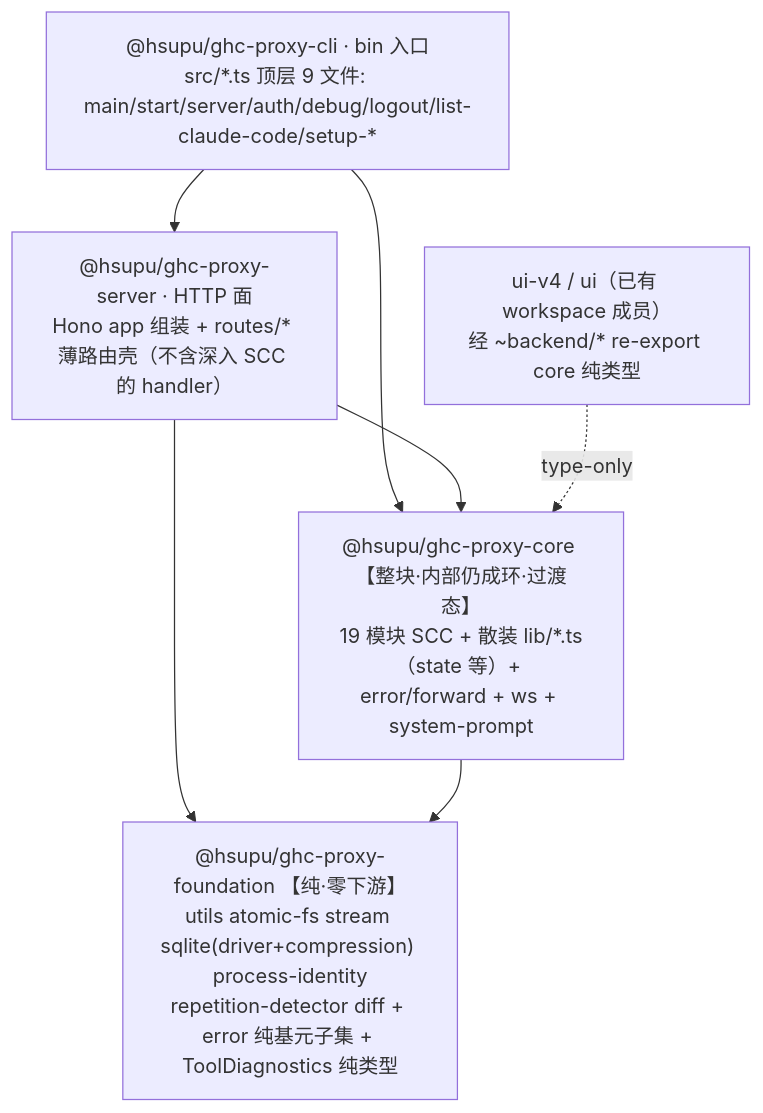
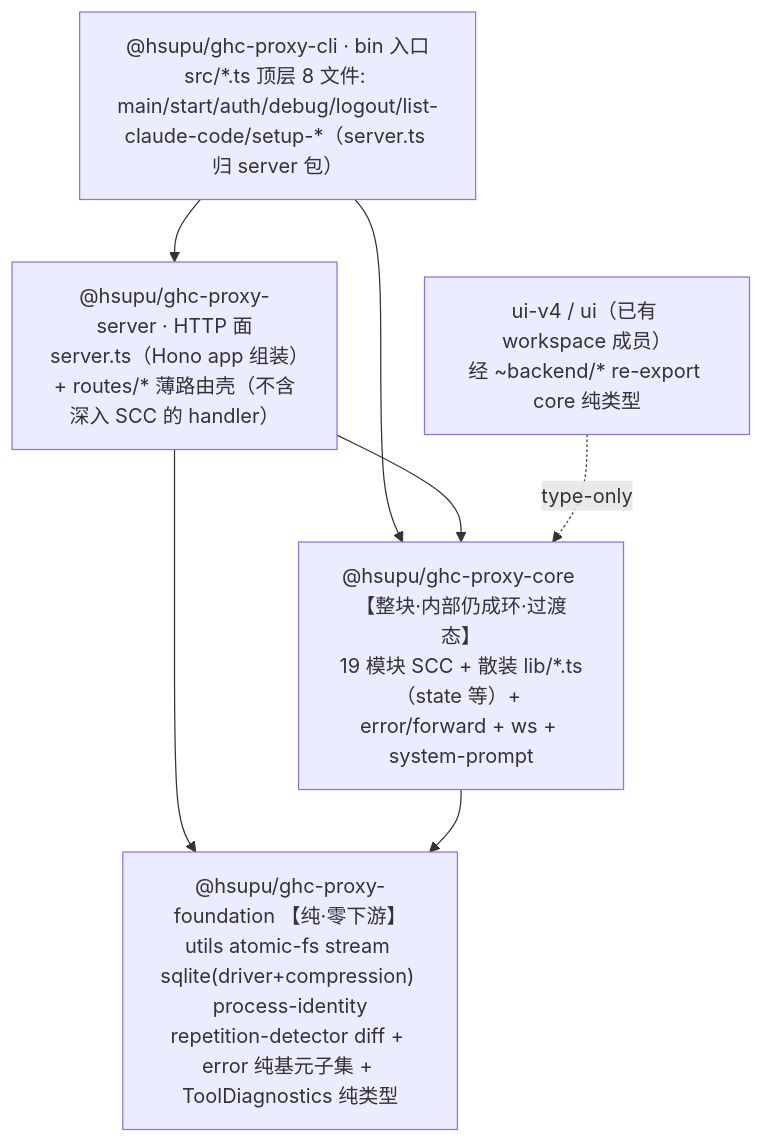
Before and after one commit to puxu-msft/copilot-api-js: the diagram in docs/spec/2026-07-22-monorepo-workspace-split.md, drawn with Mermaid. The commit also changed other lines of this file, not shown here.

````diff
--- a/docs/spec/2026-07-22-monorepo-workspace-split.md
+++ b/docs/spec/2026-07-22-monorepo-workspace-split.md
@@ -49,15 +49,15 @@
 ```mermaid
 graph TD
-    cli["@hsupu/ghc-proxy-cli · bin 入口<br/>src/*.ts 顶层 9 文件: main/start/server/auth/debug/logout/list-claude-code/setup-*"]
-    server["@hsupu/ghc-proxy-server · HTTP 面<br/>Hono app 组装 + routes/* 薄路由壳（不含深入 SCC 的 handler）"]
+    cli["@hsupu/ghc-proxy-cli · bin 入口<br/>src/*.ts 顶层 8 文件: main/start/auth/debug/logout/list-claude-code/setup-*（server.ts 归 server 包）"]
+    server["@hsupu/ghc-proxy-server · HTTP 面<br/>server.ts（Hono app 组装）+ routes/* 薄路由壳（不含深入 SCC 的 handler）"]
     core["@hsupu/ghc-proxy-core 【整块·内部仍成环·过渡态】<br/>19 模块 SCC + 散装 lib/*.ts（state 等）+ error/forward + ws + system-prompt"]
     foundation["@hsupu/ghc-proxy-foundation 【纯·零下游】<br/>utils atomic-fs stream sqlite(driver+compression) process-identity<br/>repetition-detector diff + error 纯基元子集 + ToolDiagnostics 纯类型"]
     uiv4["ui-v4 / ui（已有 workspace 成员）<br/>经 ~backend/* re-export core 纯类型"]
 
     cli --> server
     cli --> core
     server --> core
     server --> foundation
     core --> foundation
     uiv4 -. type-only .-> core
 ```
````
